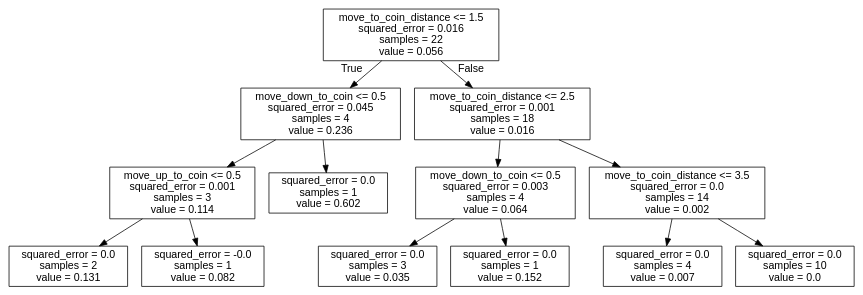
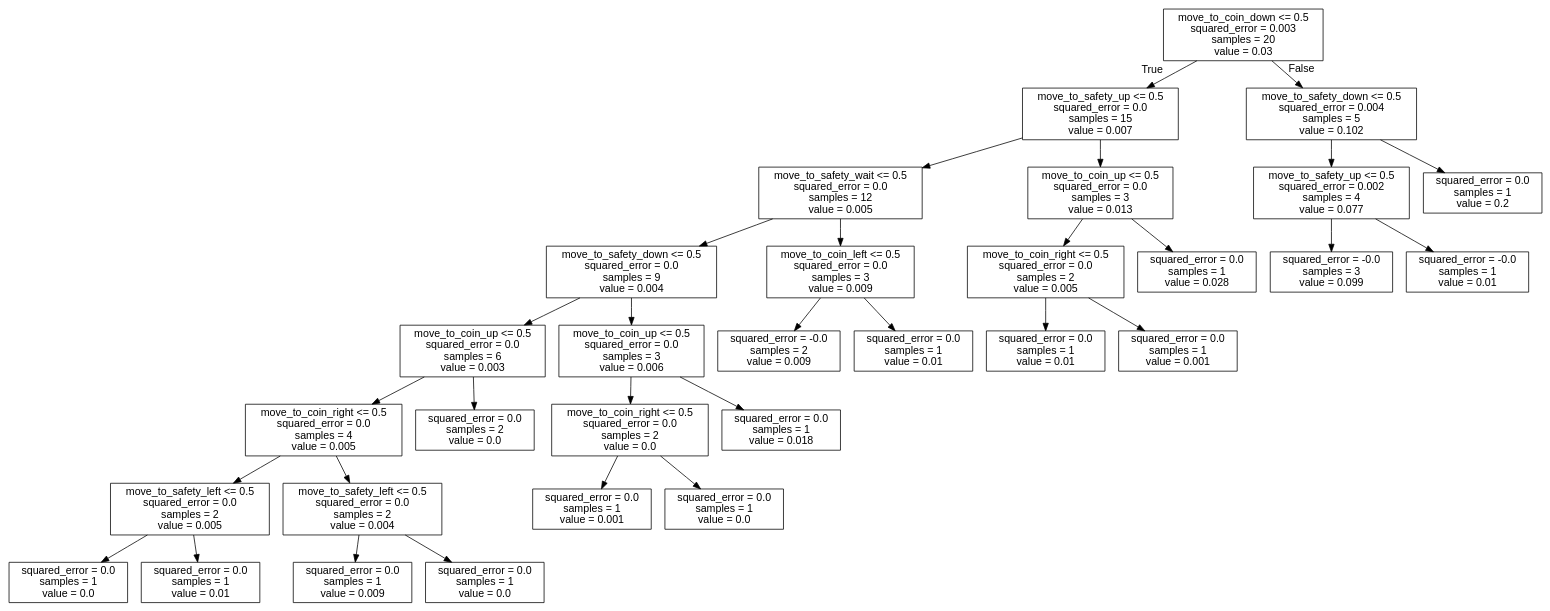
One commit to J-Gann/FML changed the diagram in bomberman_rl/agent_code/my_agent/trees/DOWN.dot. Above: the diagram before and after it, drawn with Graphviz. The commit also changed 9 other files, not shown here.

```diff
--- a/bomberman_rl/agent_code/my_agent/trees/DOWN.dot
+++ b/bomberman_rl/agent_code/my_agent/trees/DOWN.dot
@@ -1,29 +1,65 @@
 digraph Tree {
 node [shape=box, fontname="helvetica"] ;
 edge [fontname="helvetica"] ;
-0 [label="move_to_coin_distance <= 1.5\nsquared_error = 0.016\nsamples = 22\nvalue = 0.056"] ;
-1 [label="move_down_to_coin <= 0.5\nsquared_error = 0.045\nsamples = 4\nvalue = 0.236"] ;
+0 [label="move_to_coin_down <= 0.5\nsquared_error = 0.003\nsamples = 20\nvalue = 0.03"] ;
+1 [label="move_to_safety_up <= 0.5\nsquared_error = 0.0\nsamples = 15\nvalue = 0.007"] ;
 0 -> 1 [labeldistance=2.5, labelangle=45, headlabel="True"] ;
-2 [label="move_up_to_coin <= 0.5\nsquared_error = 0.001\nsamples = 3\nvalue = 0.114"] ;
+2 [label="move_to_safety_wait <= 0.5\nsquared_error = 0.0\nsamples = 12\nvalue = 0.005"] ;
 1 -> 2 ;
-3 [label="squared_error = 0.0\nsamples = 2\nvalue = 0.131"] ;
+3 [label="move_to_safety_down <= 0.5\nsquared_error = 0.0\nsamples = 9\nvalue = 0.004"] ;
 2 -> 3 ;
-4 [label="squared_error = -0.0\nsamples = 1\nvalue = 0.082"] ;
-2 -> 4 ;
-5 [label="squared_error = 0.0\nsamples = 1\nvalue = 0.602"] ;
-1 -> 5 ;
-6 [label="move_to_coin_distance <= 2.5\nsquared_error = 0.001\nsamples = 18\nvalue = 0.016"] ;
-0 -> 6 [labeldistance=2.5, labelangle=-45, headlabel="False"] ;
-7 [label="move_down_to_coin <= 0.5\nsquared_error = 0.003\nsamples = 4\nvalue = 0.064"] ;
+4 [label="move_to_coin_up <= 0.5\nsquared_error = 0.0\nsamples = 6\nvalue = 0.003"] ;
+3 -> 4 ;
+5 [label="move_to_coin_right <= 0.5\nsquared_error = 0.0\nsamples = 4\nvalue = 0.005"] ;
+4 -> 5 ;
+6 [label="move_to_safety_left <= 0.5\nsquared_error = 0.0\nsamples = 2\nvalue = 0.005"] ;
+5 -> 6 ;
+7 [label="squared_error = 0.0\nsamples = 1\nvalue = 0.0"] ;
 6 -> 7 ;
-8 [label="squared_error = 0.0\nsamples = 3\nvalue = 0.035"] ;
-7 -> 8 ;
-9 [label="squared_error = 0.0\nsamples = 1\nvalue = 0.152"] ;
-7 -> 9 ;
-10 [label="move_to_coin_distance <= 3.5\nsquared_error = 0.0\nsamples = 14\nvalue = 0.002"] ;
-6 -> 10 ;
-11 [label="squared_error = 0.0\nsamples = 4\nvalue = 0.007"] ;
-10 -> 11 ;
-12 [label="squared_error = 0.0\nsamples = 10\nvalue = 0.0"] ;
-10 -> 12 ;
+8 [label="squared_error = 0.0\nsamples = 1\nvalue = 0.01"] ;
+6 -> 8 ;
+9 [label="move_to_safety_left <= 0.5\nsquared_error = 0.0\nsamples = 2\nvalue = 0.004"] ;
+5 -> 9 ;
+10 [label="squared_error = 0.0\nsamples = 1\nvalue = 0.009"] ;
+9 -> 10 ;
+11 [label="squared_error = 0.0\nsamples = 1\nvalue = 0.0"] ;
+9 -> 11 ;
+12 [label="squared_error = 0.0\nsamples = 2\nvalue = 0.0"] ;
+4 -> 12 ;
+13 [label="move_to_coin_up <= 0.5\nsquared_error = 0.0\nsamples = 3\nvalue = 0.006"] ;
+3 -> 13 ;
+14 [label="move_to_coin_right <= 0.5\nsquared_error = 0.0\nsamples = 2\nvalue = 0.0"] ;
+13 -> 14 ;
+15 [label="squared_error = 0.0\nsamples = 1\nvalue = 0.001"] ;
+14 -> 15 ;
+16 [label="squared_error = 0.0\nsamples = 1\nvalue = 0.0"] ;
+14 -> 16 ;
+17 [label="squared_error = 0.0\nsamples = 1\nvalue = 0.018"] ;
+13 -> 17 ;
+18 [label="move_to_coin_left <= 0.5\nsquared_error = 0.0\nsamples = 3\nvalue = 0.009"] ;
+2 -> 18 ;
+19 [label="squared_error = -0.0\nsamples = 2\nvalue = 0.009"] ;
+18 -> 19 ;
+20 [label="squared_error = 0.0\nsamples = 1\nvalue = 0.01"] ;
+18 -> 20 ;
+21 [label="move_to_coin_up <= 0.5\nsquared_error = 0.0\nsamples = 3\nvalue = 0.013"] ;
+1 -> 21 ;
+22 [label="move_to_coin_right <= 0.5\nsquared_error = 0.0\nsamples = 2\nvalue = 0.005"] ;
+21 -> 22 ;
+23 [label="squared_error = 0.0\nsamples = 1\nvalue = 0.01"] ;
+22 -> 23 ;
+24 [label="squared_error = 0.0\nsamples = 1\nvalue = 0.001"] ;
+22 -> 24 ;
+25 [label="squared_error = 0.0\nsamples = 1\nvalue = 0.028"] ;
+21 -> 25 ;
+26 [label="move_to_safety_down <= 0.5\nsquared_error = 0.004\nsamples = 5\nvalue = 0.102"] ;
+0 -> 26 [labeldistance=2.5, labelangle=-45, headlabel="False"] ;
+27 [label="move_to_safety_up <= 0.5\nsquared_error = 0.002\nsamples = 4\nvalue = 0.077"] ;
+26 -> 27 ;
+28 [label="squared_error = -0.0\nsamples = 3\nvalue = 0.099"] ;
+27 -> 28 ;
+29 [label="squared_error = -0.0\nsamples = 1\nvalue = 0.01"] ;
+27 -> 29 ;
+30 [label="squared_error = 0.0\nsamples = 1\nvalue = 0.2"] ;
+26 -> 30 ;
 }
```
